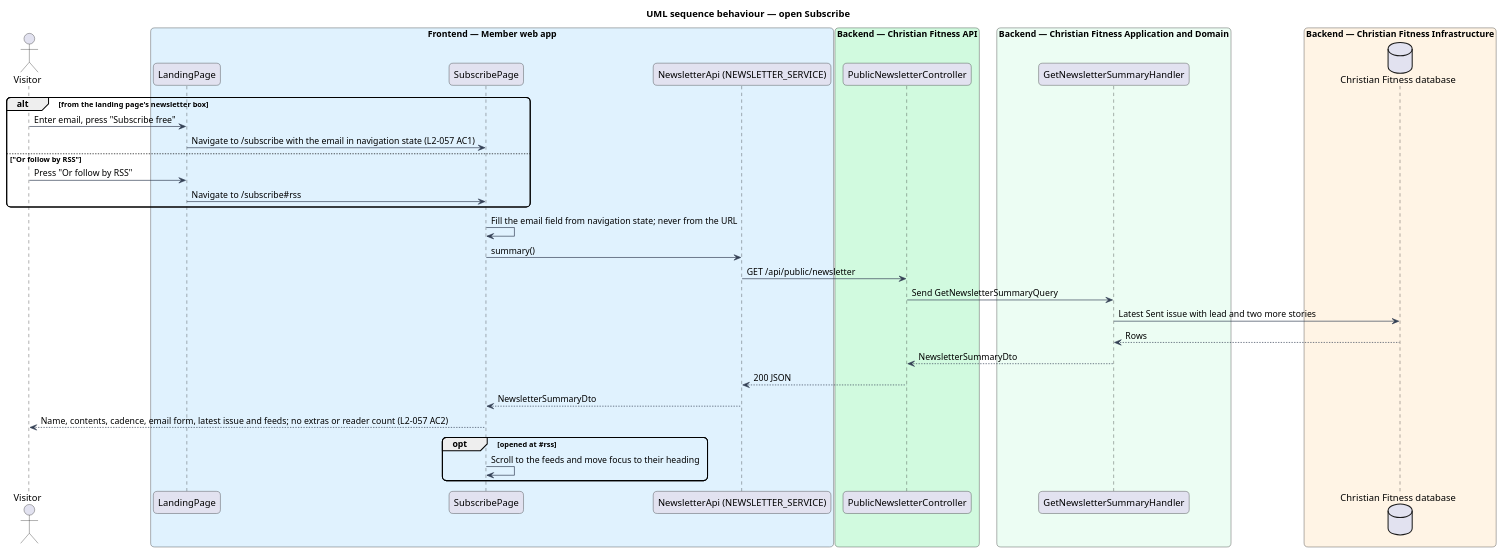
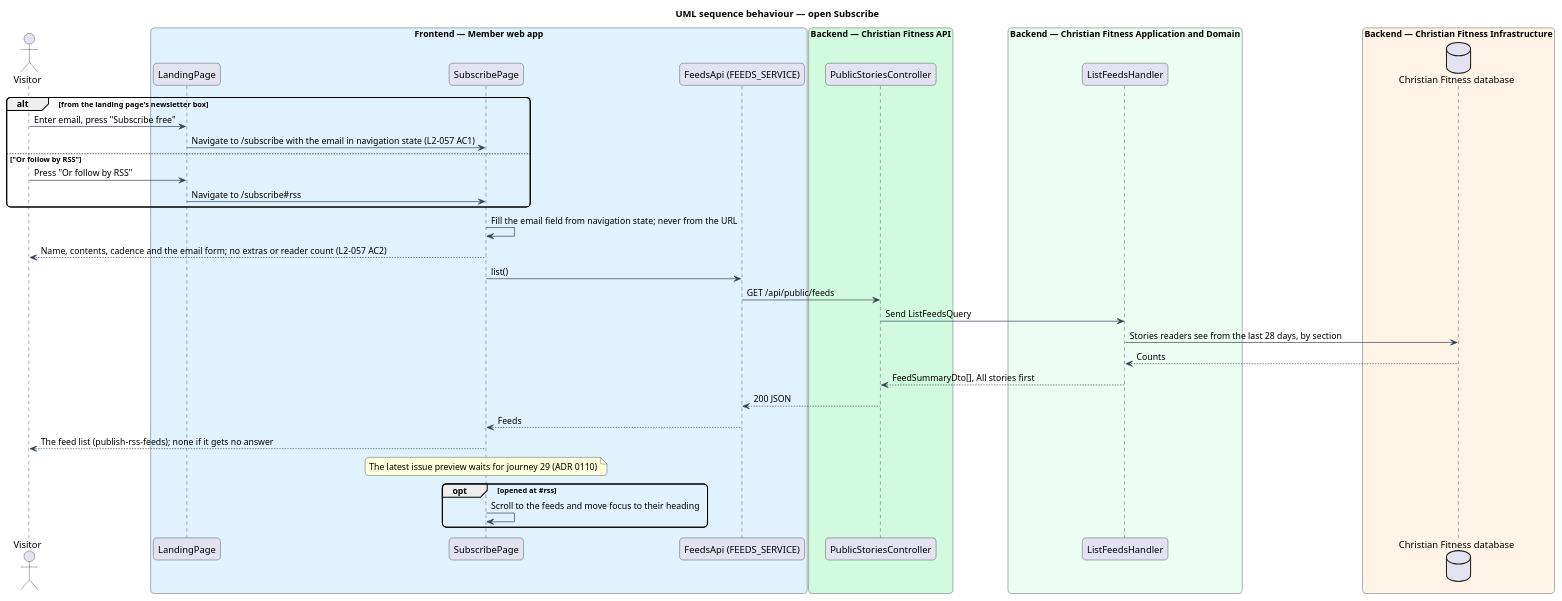
One commit to QuinntyneBrown/christian-fitness changed the diagram in docs/detailed-designs/news/subscribe-to-newsletter/diagrams/sequence-open-subscribe.puml. Above: the diagram before and after it, drawn with PlantUML. The commit also changed 43 other files, not shown here.

First line of the commit message:
Journey 27: ADR 0110, the designs and design system aligned, settings, lessons and % complete

```diff
--- a/docs/detailed-designs/news/subscribe-to-newsletter/diagrams/sequence-open-subscribe.puml
+++ b/docs/detailed-designs/news/subscribe-to-newsletter/diagrams/sequence-open-subscribe.puml
@@ -1,43 +1,45 @@
 @startuml
 title UML sequence behaviour — open Subscribe
 skinparam backgroundColor #FFFFFF
 skinparam shadowing false
 skinparam roundcorner 12
 skinparam defaultFontName Arial
 skinparam ArrowColor #344054
 actor "Visitor" as actor
 box "Frontend — Member web app" #E0F2FE
   participant "LandingPage" as landing
   participant "SubscribePage" as page
-  participant "NewsletterApi (NEWSLETTER_SERVICE)" as client
+  participant "FeedsApi (FEEDS_SERVICE)" as client
 end box
 box "Backend — Christian Fitness API" #D1FADF
-  participant "PublicNewsletterController" as ctrl
+  participant "PublicStoriesController" as ctrl
 end box
 box "Backend — Christian Fitness Application and Domain" #ECFDF3
-  participant "GetNewsletterSummaryHandler" as h
+  participant "ListFeedsHandler" as h
 end box
 box "Backend — Christian Fitness Infrastructure" #FFF4E5
   database "Christian Fitness database" as db
 end box
 alt from the landing page's newsletter box
   actor -> landing : Enter email, press "Subscribe free"
   landing -> page : Navigate to /subscribe with the email in navigation state (L2-057 AC1)
 else "Or follow by RSS"
   actor -> landing : Press "Or follow by RSS"
   landing -> page : Navigate to /subscribe#rss
 end
 page -> page : Fill the email field from navigation state; never from the URL
-page -> client : summary()
-client -> ctrl : GET /api/public/newsletter
-ctrl -> h : Send GetNewsletterSummaryQuery
-h -> db : Latest Sent issue with lead and two more stories
-db --> h : Rows
-h --> ctrl : NewsletterSummaryDto
+page --> actor : Name, contents, cadence and the email form; no extras or reader count (L2-057 AC2)
+page -> client : list()
+client -> ctrl : GET /api/public/feeds
+ctrl -> h : Send ListFeedsQuery
+h -> db : Stories readers see from the last 28 days, by section
+db --> h : Counts
+h --> ctrl : FeedSummaryDto[], All stories first
 ctrl --> client : 200 JSON
-client --> page : NewsletterSummaryDto
-page --> actor : Name, contents, cadence, email form, latest issue and feeds; no extras or reader count (L2-057 AC2)
+client --> page : Feeds
+page --> actor : The feed list (publish-rss-feeds); none if it gets no answer
+note over page : The latest issue preview waits for journey 29 (ADR 0110)
 opt opened at #rss
   page -> page : Scroll to the feeds and move focus to their heading
 end
 @enduml
```
